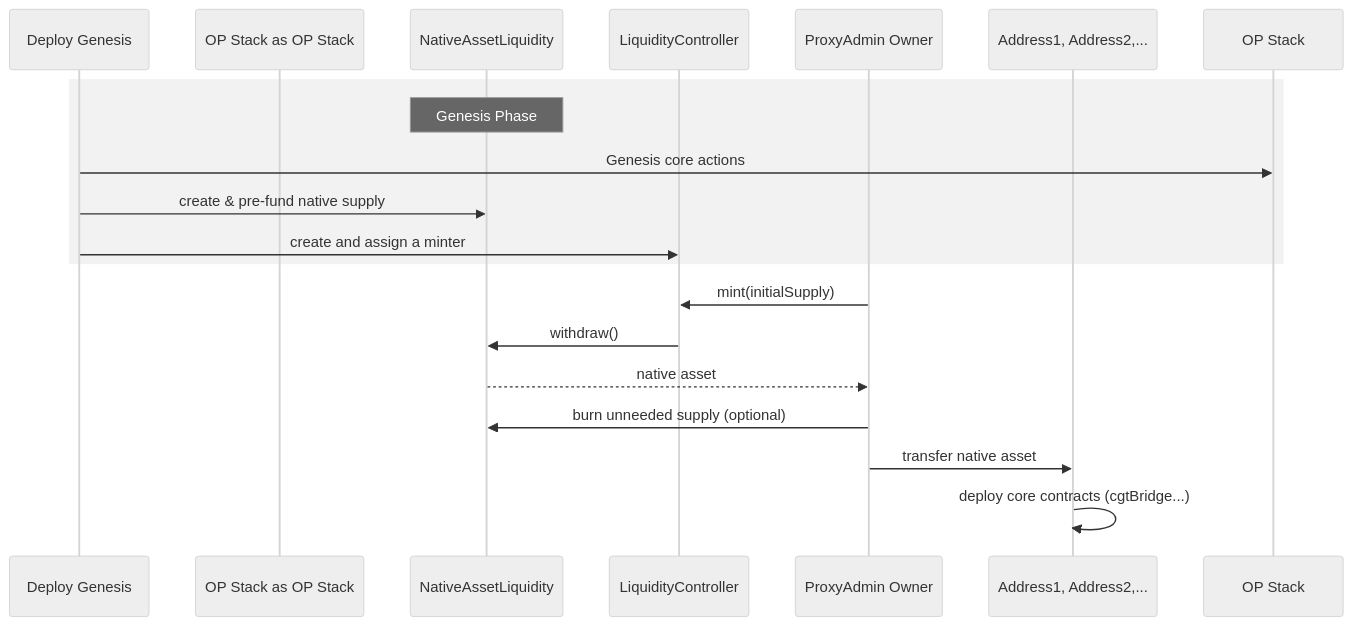
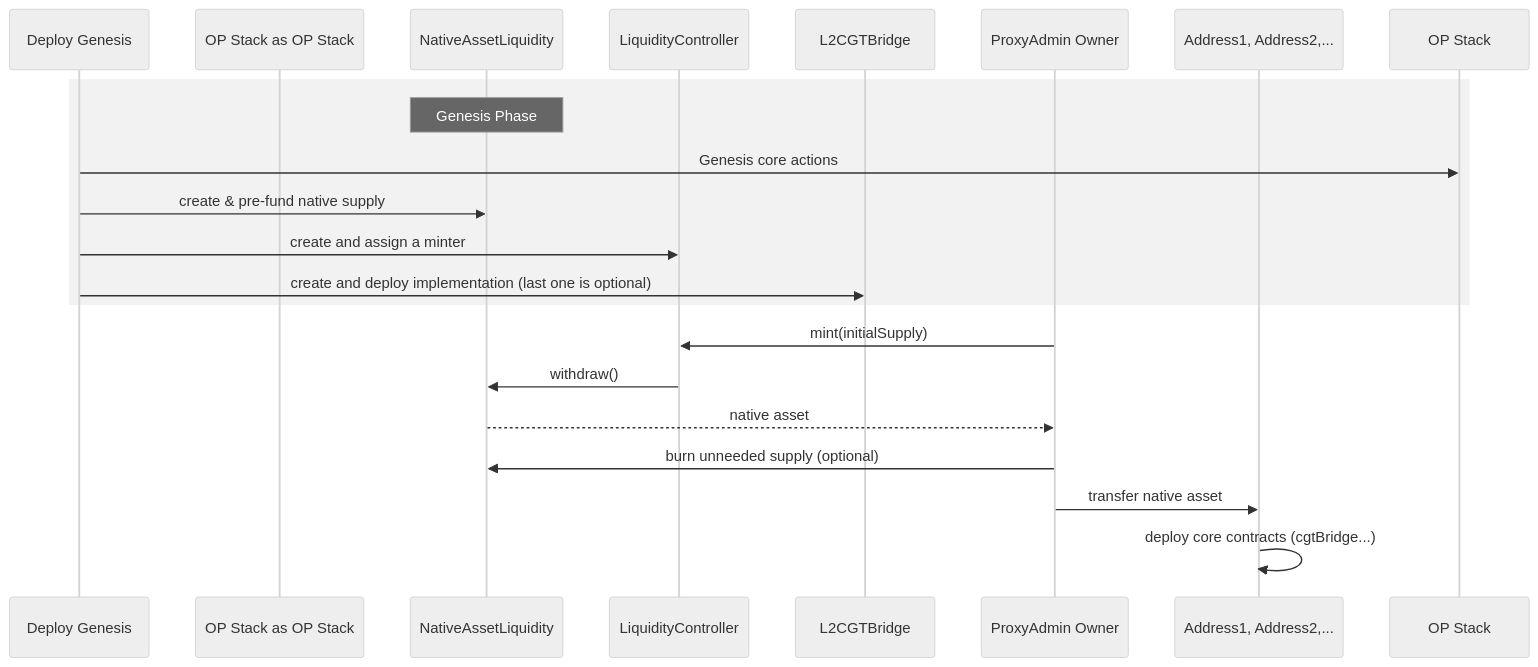
Before and after one commit to ethereum-optimism/design-docs: the second of 3 diagrams in protocol/custom-gas-token.md, drawn with Mermaid (neutral theme). The commit also changed other lines of this file, not shown here.

Commit message:
docs: add L2CGTBridge as a predeploy without enshrining into an implementation

````diff
--- a/protocol/custom-gas-token.md
+++ b/protocol/custom-gas-token.md
@@ -184,23 +186,25 @@
 ```mermaid
 sequenceDiagram
     participant Genesis   as Deploy Genesis
     participant OP Stack  as OP Stack
     participant Liquidity as NativeAssetLiquidity
     participant Controller as LiquidityController
+    participant Bridge as L2CGTBridge
     participant Governor  as ProxyAdmin Owner
     participant Deployer  as Address1, Address2,...
 
     rect rgba(128, 128, 128, 0.1)
 		note over Liquidity: Genesis Phase
     Genesis->>OP Stack: Genesis core actions
     Genesis->>Liquidity: create & pre-fund native supply
     Genesis->>Controller: create and assign a minter
+    Genesis->>Bridge: create and deploy implementation (last one is optional)
     end
     Governor->>Controller: mint(initialSupply)
     Controller->>Liquidity: withdraw()
     Liquidity-->>Governor: native asset
     Governor->>Liquidity: burn unneeded supply (optional)
     Governor->>Deployer: transfer native asset
     Deployer->>Deployer: deploy core contracts (cgtBridge...)
 
 ```
````
